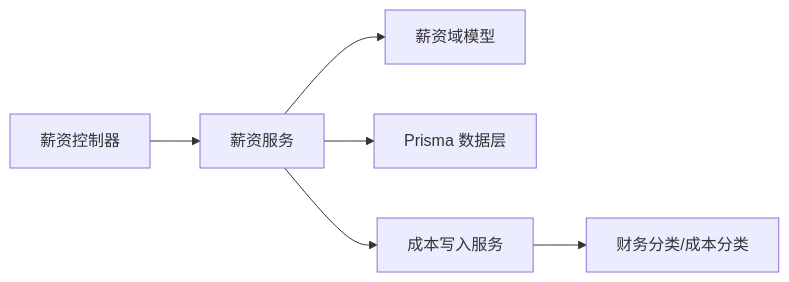
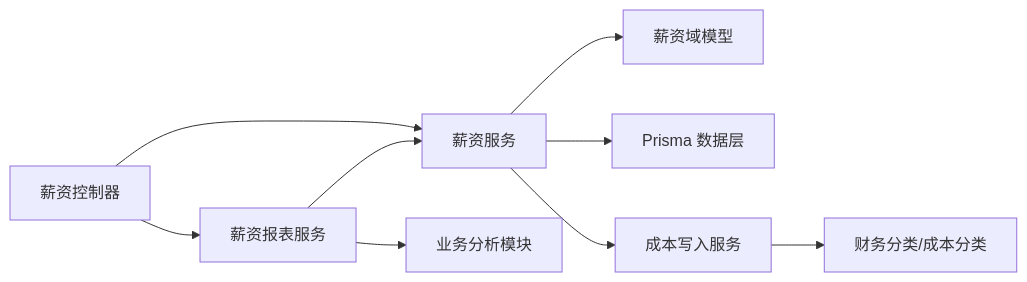
One commit to rc558620/purelyprofit-server changed the eighth of 8 diagrams in .qoder/repowiki/zh/content/业务模块/员工管理模块/员工薪资管理.md. Above: the diagram before and after it, drawn with Mermaid. The commit also changed other lines of this file and 10 other files, not shown here.

````diff
--- a/.qoder/repowiki/zh/content/业务模块/员工管理模块/员工薪资管理.md
+++ b/.qoder/repowiki/zh/content/业务模块/员工管理模块/员工薪资管理.md
@@ -342,8 +420,11 @@
 ```mermaid
 graph LR
 Ctrl["薪资控制器"] --> Svc["薪资服务"]
+Ctrl --> ReportSvc["薪资报表服务"]
 Svc --> Domain["薪资域模型"]
 Svc --> DB["Prisma 数据层"]
 Svc --> CostSvc["成本写入服务"]
+ReportSvc --> Svc
+ReportSvc --> Analysis["业务分析模块"]
 CostSvc --> Finance["财务分类/成本分类"]
 ```
````
